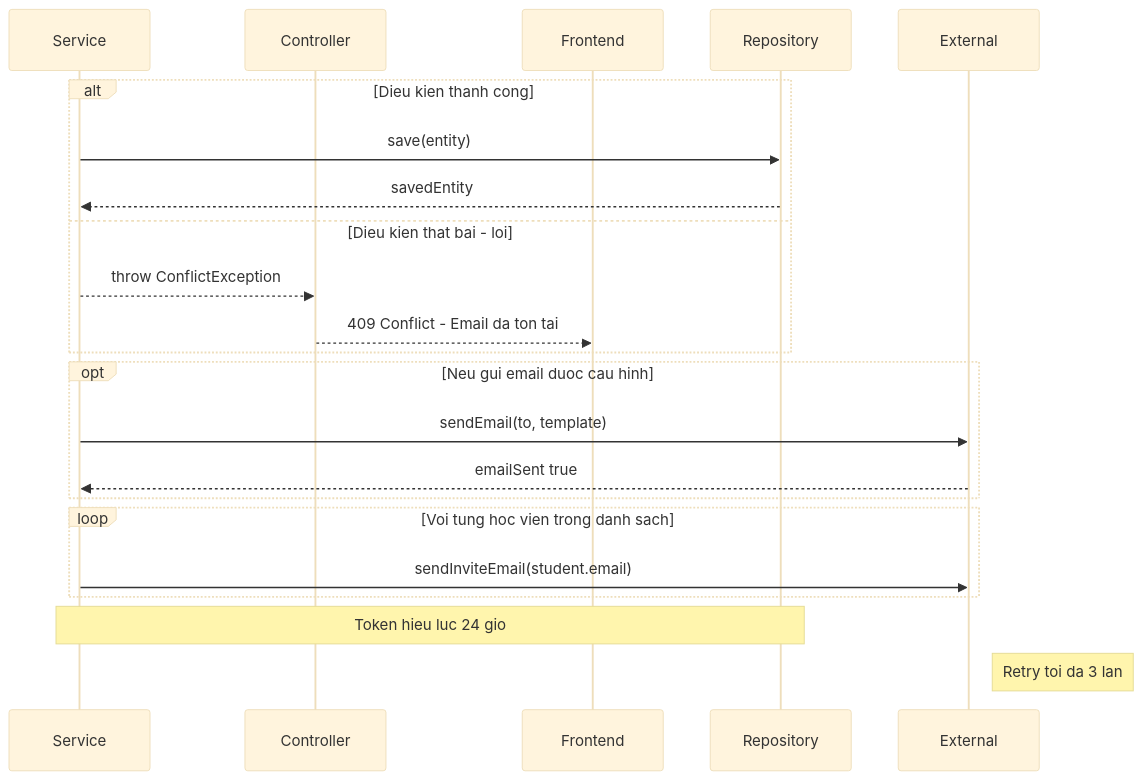
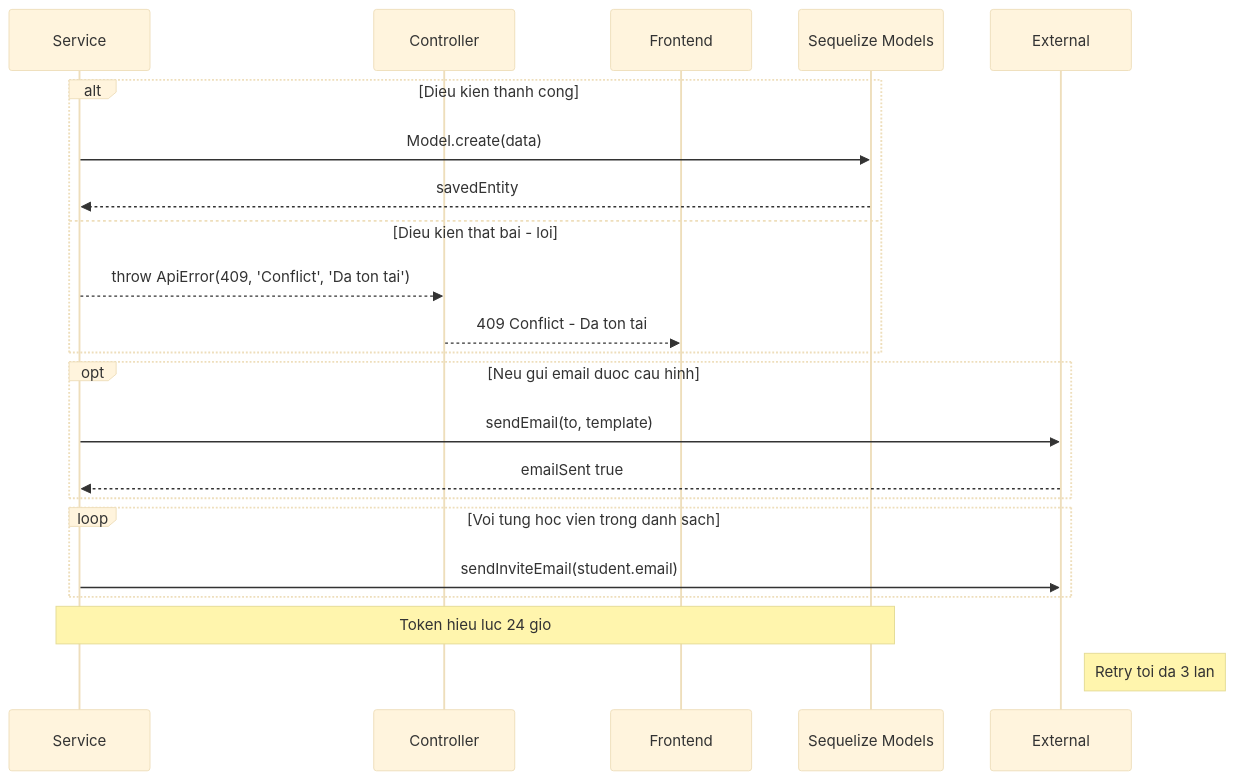
Before and after one commit to dunghvd79/eduverse: the second of 2 diagrams in docs/sequences/seq-template.md, drawn with Mermaid (base theme). The commit also changed other lines of this file and 11 other files, not shown here.

Commit message:
docs: synchronize sequence diagrams and API conventions to Express.js and Sequelize

````diff
--- a/docs/sequences/seq-template.md
+++ b/docs/sequences/seq-template.md
@@ -96,32 +96,32 @@
 ```mermaid
 sequenceDiagram
     participant SVC as Service
     participant CTRL as Controller
     participant FE as Frontend
-    participant DB as Repository
+    participant DB as Sequelize Models
     participant EXT as External
 
     %% Dung alt de phan nhanh dieu kien (if/else)
     alt Dieu kien thanh cong
-        SVC->>DB: save(entity)
+        SVC->>DB: Model.create(data)
         DB-->>SVC: savedEntity
     else Dieu kien that bai - loi
-        SVC-->>CTRL: throw ConflictException
-        CTRL-->>FE: 409 Conflict - Email da ton tai
+        SVC-->>CTRL: throw ApiError(409, 'Conflict', 'Da ton tai')
+        CTRL-->>FE: 409 Conflict - Da ton tai
     end
 
     %% Dung opt de bieu dien buoc tuy chon
     opt Neu gui email duoc cau hinh
         SVC->>EXT: sendEmail(to, template)
         EXT-->>SVC: emailSent true
     end
 
     %% Dung loop de bieu dien lap lai
     loop Voi tung hoc vien trong danh sach
         SVC->>EXT: sendInviteEmail(student.email)
     end
 
     %% Dung Note de them chu thich
     Note over SVC,DB: Token hieu luc 24 gio
     Note right of EXT: Retry toi da 3 lan
 ```
````
